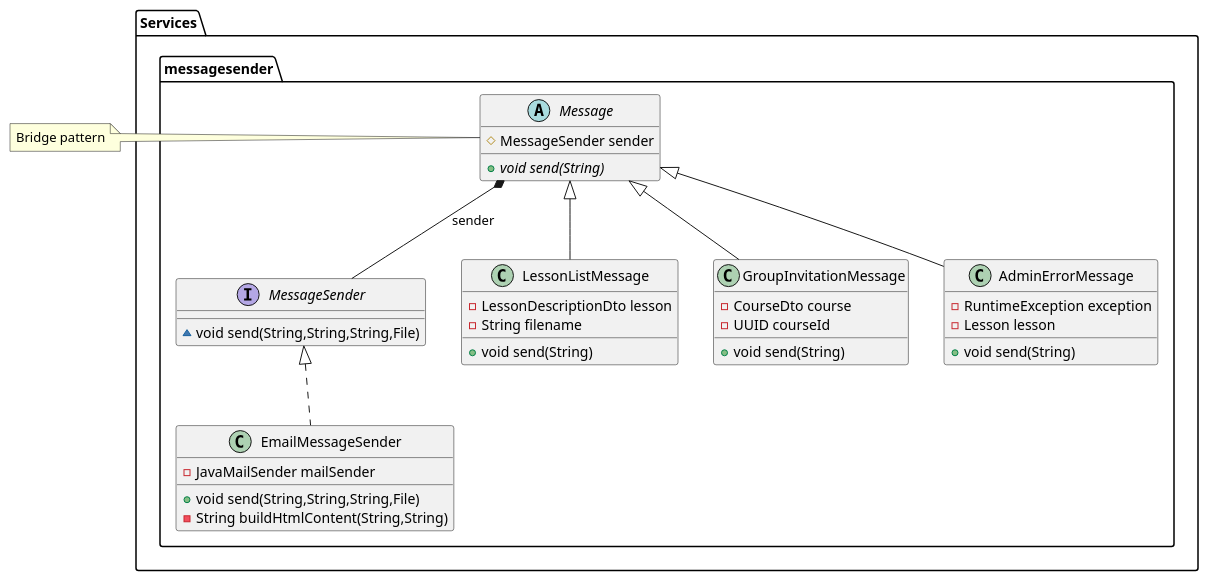
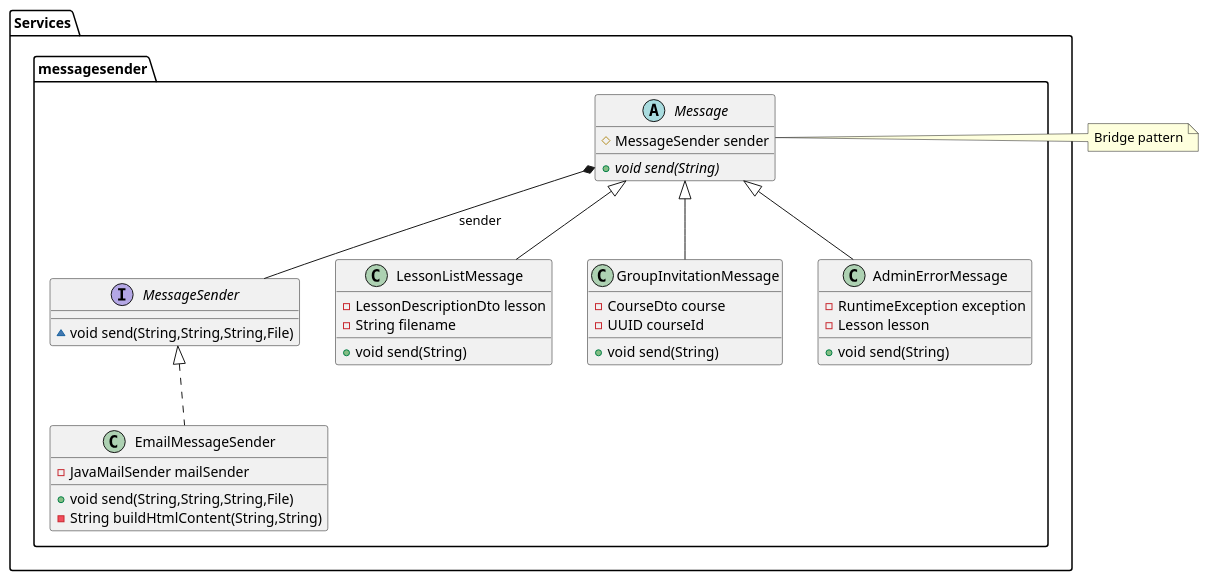
One commit to haniazipser/ePolan changed the diagram in messagesender_diagram.puml. Above: the diagram before and after it, drawn with PlantUML. The commit also changed 18 other files, not shown here.

```diff
--- a/messagesender_diagram.puml
+++ b/messagesender_diagram.puml
@@ -1,52 +1,52 @@
 @startuml
 abstract class Services.messagesender.Message {
 # MessageSender sender
 + {abstract}void send(String)
 }
 
 
 interface Services.messagesender.MessageSender {
 ~ void send(String,String,String,File)
 }
 
 class Services.messagesender.EmailMessageSender {
 - JavaMailSender mailSender
 + void send(String,String,String,File)
 - String buildHtmlContent(String,String)
 }
 
 
 class Services.messagesender.LessonListMessage {
 - LessonDescriptionDto lesson
 - String filename
 + void send(String)
 }
 
 
 class Services.messagesender.GroupInvitationMessage {
 - CourseDto course
 - UUID courseId
 + void send(String)
 }
 
 
 class Services.messagesender.AdminErrorMessage {
 - RuntimeException exception
 - Lesson lesson
 + void send(String)
 }
 
 
 
 
 Services.messagesender.MessageSender <|.. Services.messagesender.EmailMessageSender
 Services.messagesender.Message <|-- Services.messagesender.LessonListMessage
 Services.messagesender.Message <|-- Services.messagesender.GroupInvitationMessage
 Services.messagesender.Message <|-- Services.messagesender.AdminErrorMessage
 Services.messagesender.Message *-- Services.messagesender.MessageSender : sender
 
-note left of Services.messagesender.Message
+note right of Services.messagesender.Message
 Bridge pattern
 end note
 
 @enduml
```
